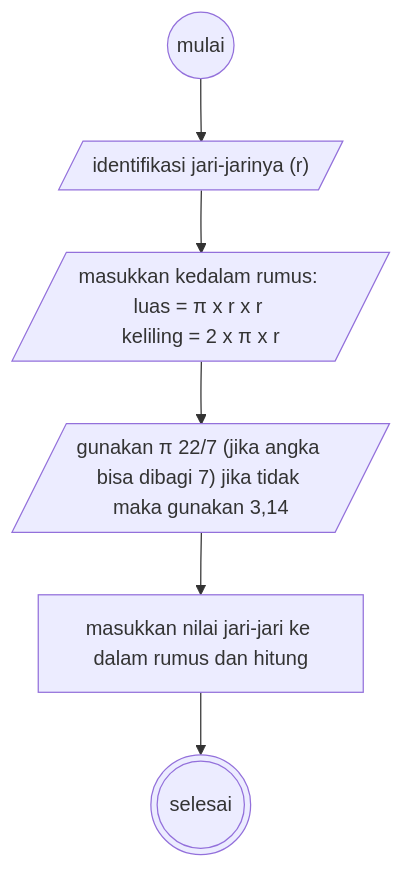
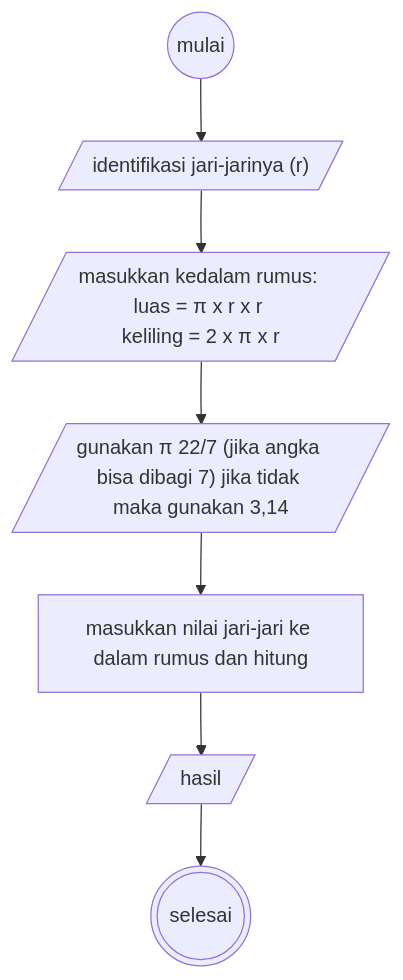
One commit to abdullah-fikri/koda-b4-algoritma changed the diagram in minitask5.md. Above: the diagram before and after it, drawn with Mermaid.

````diff
--- a/minitask5.md
+++ b/minitask5.md
@@ -3,12 +3,13 @@
 ```mermaid
 flowchart TD
 A@{ shape: circle, label: "mulai"} -->
 B@{ shape: lean-r, label: "identifikasi jari-jarinya (r)"} --> 
 C@{ shape: lean-r, label: "masukkan kedalam rumus: luas = π x r x r 
  keliling = 2 x π x r"} -->
  
 E@{ shape: lean-r, label: "gunakan π 22/7 (jika angka bisa dibagi 7) jika tidak maka gunakan 3,14"} -->D@{ shape: rect, label: "masukkan nilai jari-jari ke dalam rumus dan hitung"} -->
+G@{ shape: lean-r, label: "hasil"} -->
 F@{ shape: dbl-circ, label: "selesai"}
 
 
 ```
````
